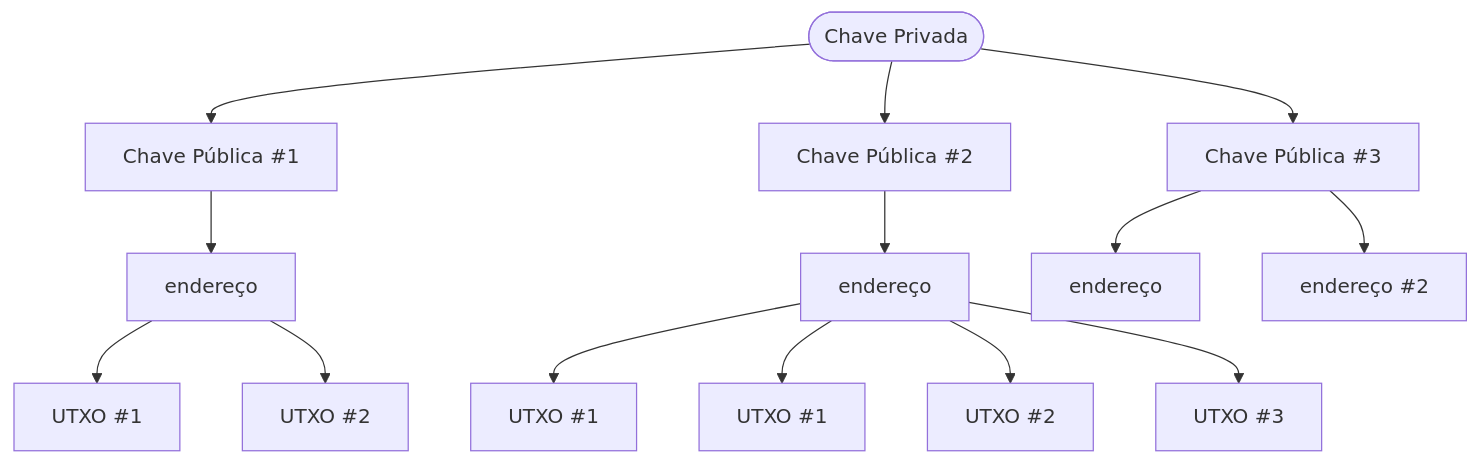
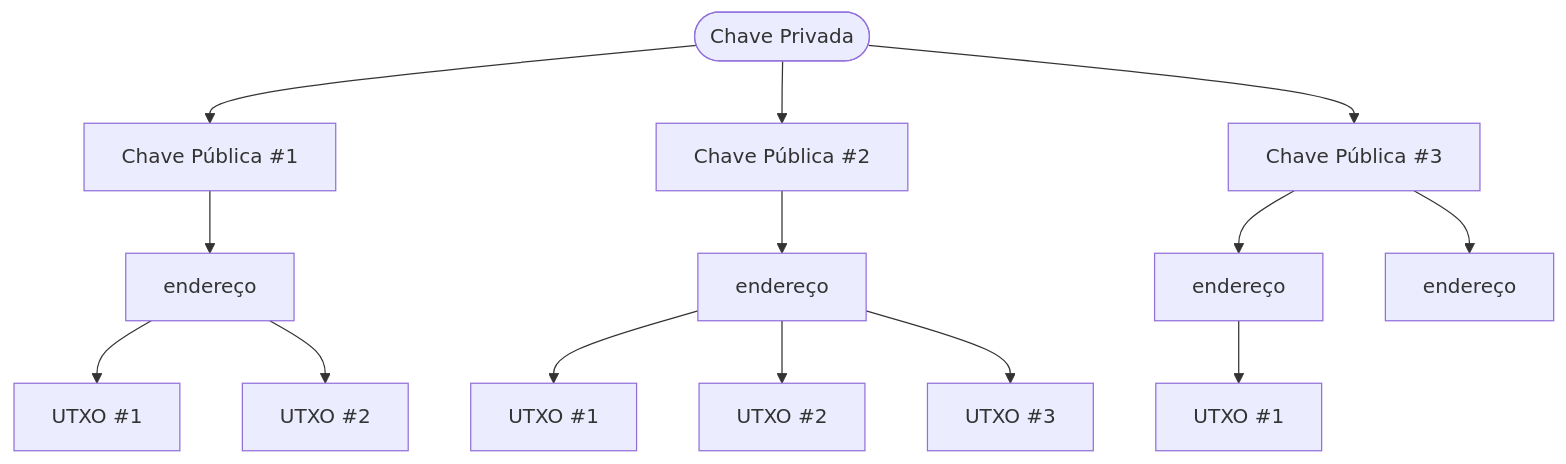
One commit to ColcheteDAO/workshop changed the third of 7 diagrams in LetsCoCreate/carteiras.md. Above: the diagram before and after it, drawn with Mermaid.

````diff
--- a/LetsCoCreate/carteiras.md
+++ b/LetsCoCreate/carteiras.md
@@ -23,19 +23,21 @@
 ```mermaid
 flowchart TD
     A(["Chave Privada"]) --> B["Chave Pública #1"] & n1@{ label: "<span style=\"padding-left:\">Chave Pública #2</span>" } & n2@{ label: "<span style=\"padding-left:\"><span style=\"padding-left:\">Chave Pública #3</span></span>" }
     B --> n3["endereço"] 
-    n1 --> n6@{ label: "<span style=\"padding-left:\">endereço</span>" } --> n11["UTXO #1"]
-    n2 --> n7@{ label: "<span style=\"padding-left:\">endereço</span>" } & n8@{ label: "<span style=\"padding-left:\"><span style=\"padding-left:\">endereço #2</span></span>" }
+    n1 --> n6@{ label: "<span style=\"padding-left:\">endereço</span>" } 
+    n2 --> n7@{ label: "<span style=\"padding-left:\">endereço</span>" } & n8@{ label: "<span style=\"padding-left:\"><span style=\"padding-left:\">endereço</span></span>" }
     n3 --> n9["UTXO #1"] & n10["UTXO #2"] 
     n6 --> n12@{ label: "<span style=\"padding-left:\">UTXO #1</span>" } & n13@{ label: "<span style=\"padding-left:\">UTXO #2</span>" } & n14@{ label: "<span style=\"padding-left:\">UTXO #3</span>" }
+    n7 --> n11["UTXO #1"]
+    
 
     B@{ shape: rect}
     n1@{ shape: rect}
     n2@{ shape: rect}
     n6@{ shape: rect}
     n7@{ shape: rect}
     n8@{ shape: rect}
     n12@{ shape: rect}
     n13@{ shape: rect}
     n14@{ shape: rect}
 ```
````
